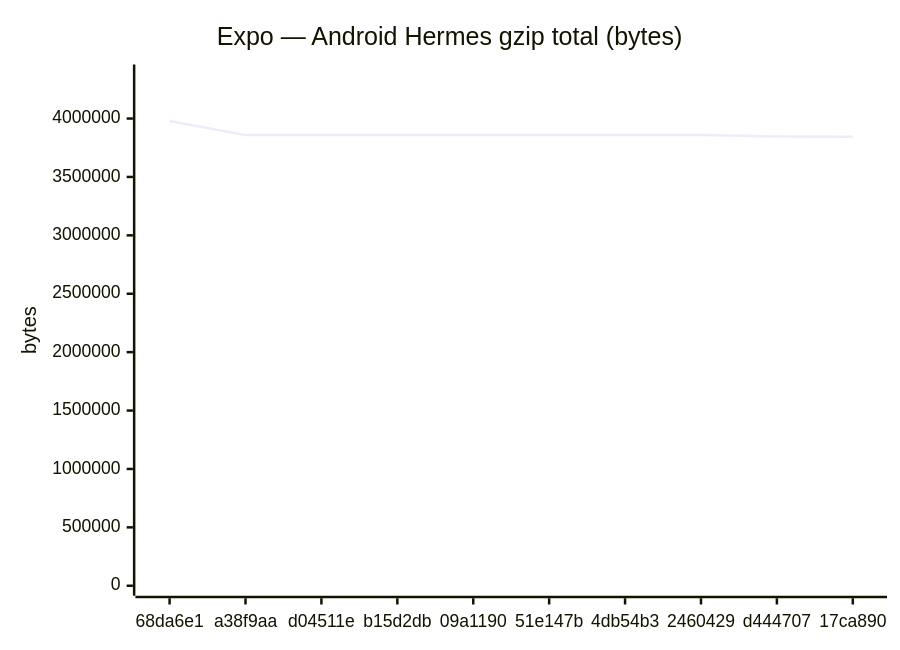
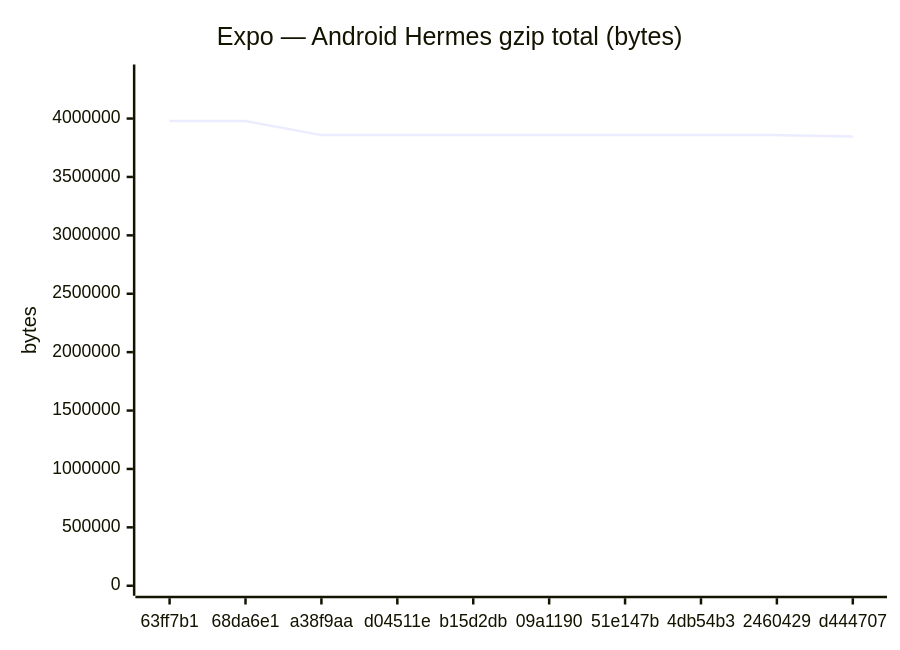
The fifth of 18 diagrams in benchmarks/compare.md (Metaheurist/Rianell), drawn with Mermaid before and after one commit. The commit also changed other lines of this file and 11 other files, not shown here.

````diff
--- a/benchmarks/compare.md
+++ b/benchmarks/compare.md
@@ -89,7 +89,7 @@
 ```mermaid
 xychart-beta
     title "Expo — Android Hermes gzip total (bytes)"
-    x-axis ["68da6e1", "a38f9aa", "d04511e", "b15d2db", "09a1190", "51e147b", "4db54b3", "2460429", "d444707", "17ca890"]
+    x-axis ["63ff7b1", "68da6e1", "a38f9aa", "d04511e", "b15d2db", "09a1190", "51e147b", "4db54b3", "2460429", "d444707"]
     y-axis "bytes" 0 --> 4377096
-    line [3979178, 3858192, 3858192, 3858195, 3858763, 3858763, 3858762, 3858764, 3845905, 3843474]
+    line [3979178, 3979178, 3858192, 3858192, 3858195, 3858763, 3858763, 3858762, 3858764, 3845905]
 ```
````
